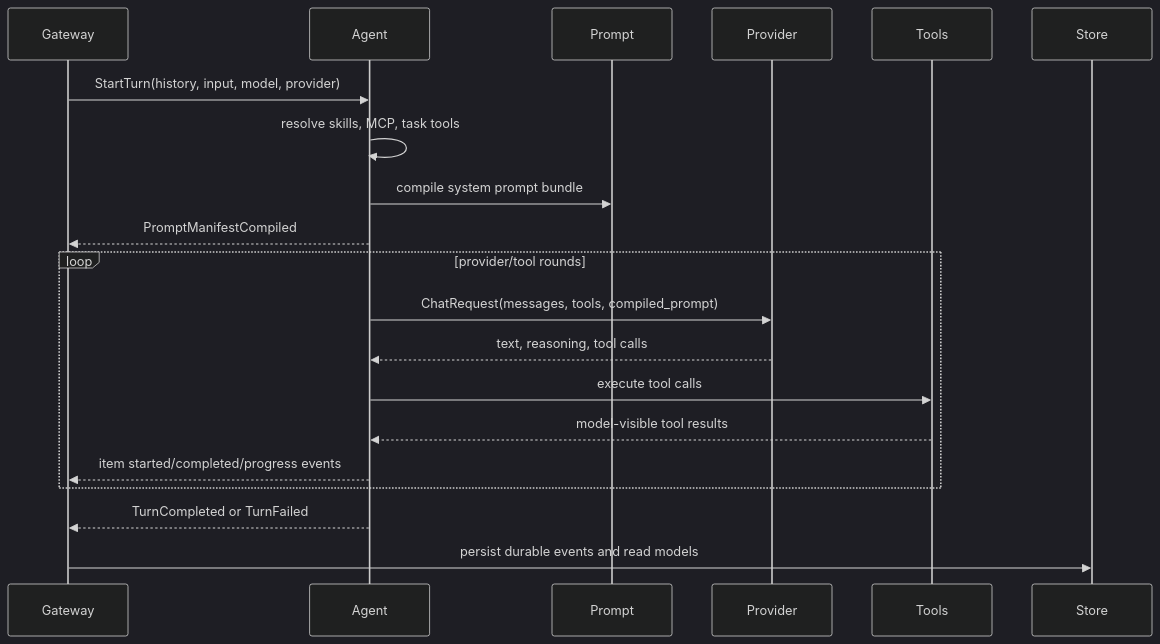
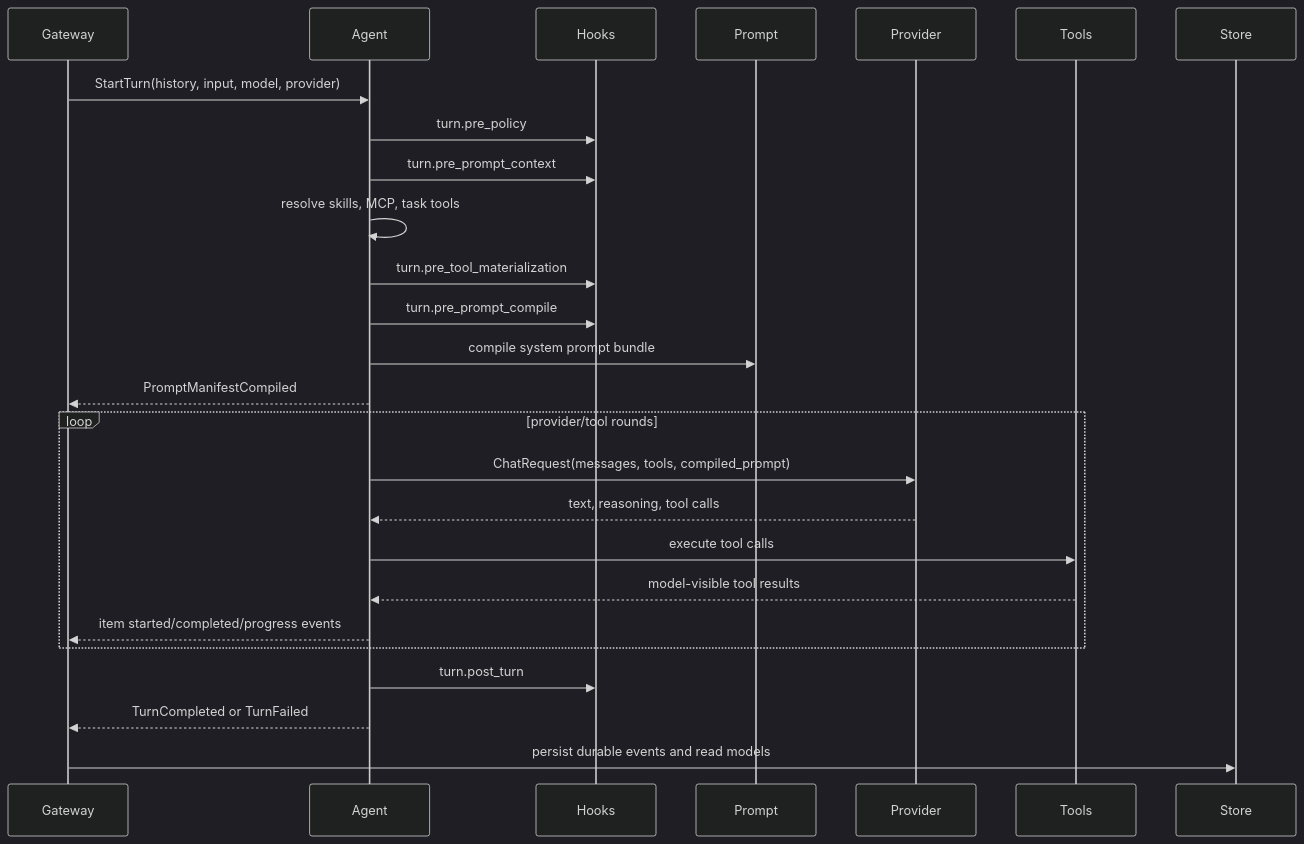
One commit to pioneerdotai/docs changed the diagram in architecture/agent-loop.mdx. Above: the diagram before and after it, drawn with Mermaid (dark theme). The commit also changed other lines of this file and 16 other files, not shown here.

````diff
--- a/architecture/agent-loop.mdx
+++ b/architecture/agent-loop.mdx
@@ -43,23 +45,29 @@
 ```mermaid
 sequenceDiagram
   participant Gateway
   participant Agent
+  participant Hooks
   participant Prompt
   participant Provider
   participant Tools
   participant Store
 
   Gateway->>Agent: StartTurn(history, input, model, provider)
+  Agent->>Hooks: turn.pre_policy
+  Agent->>Hooks: turn.pre_prompt_context
   Agent->>Agent: resolve skills, MCP, task tools
+  Agent->>Hooks: turn.pre_tool_materialization
+  Agent->>Hooks: turn.pre_prompt_compile
   Agent->>Prompt: compile system prompt bundle
   Agent-->>Gateway: PromptManifestCompiled
   loop provider/tool rounds
     Agent->>Provider: ChatRequest(messages, tools, compiled_prompt)
     Provider-->>Agent: text, reasoning, tool calls
     Agent->>Tools: execute tool calls
     Tools-->>Agent: model-visible tool results
     Agent-->>Gateway: item started/completed/progress events
   end
+  Agent->>Hooks: turn.post_turn
   Agent-->>Gateway: TurnCompleted or TurnFailed
   Gateway->>Store: persist durable events and read models
 ```
````
